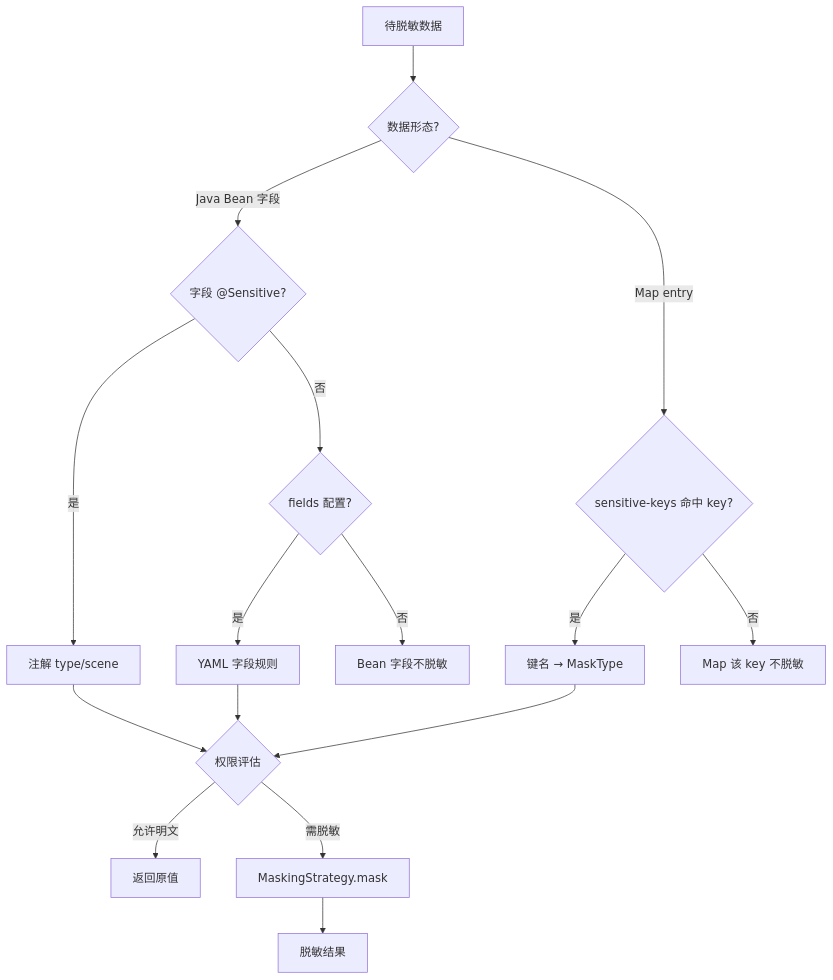
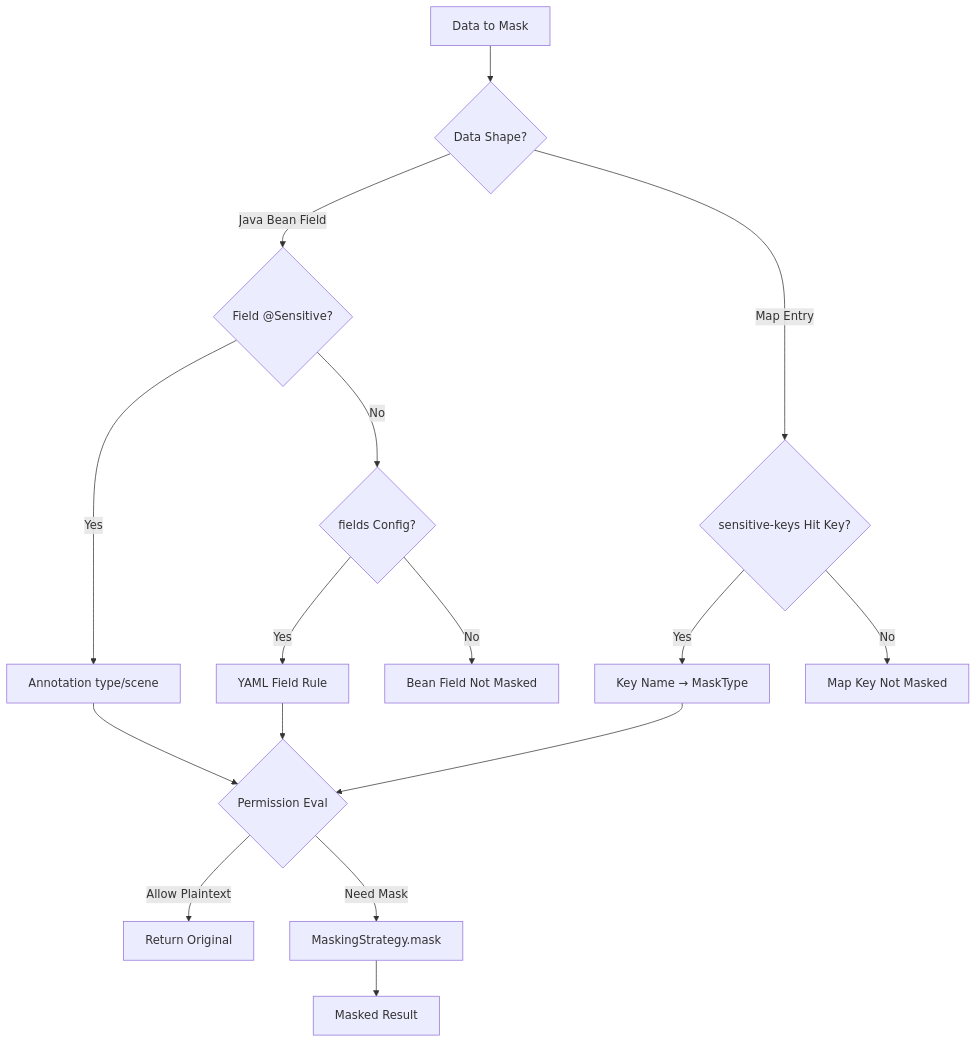
Before and after one commit to richie696/atlas-richie-platform: the third of 9 diagrams in atlas-richie-component/atlas-richie-component-desensitize/README.md, drawn with Mermaid. The commit also changed other lines of this file and 69 other files, not shown here.

````diff
--- a/atlas-richie-component/atlas-richie-component-desensitize/README.md
+++ b/atlas-richie-component/atlas-richie-component-desensitize/README.md
@@ -112,18 +165,18 @@
 ```mermaid
 flowchart TD
-    START[待脱敏数据] --> KIND{数据形态?}
-    KIND -->|Java Bean 字段| ANNO{字段 @Sensitive?}
-    KIND -->|Map entry| MAPKEY{sensitive-keys 命中 key?}
-    ANNO -->|是| USE_ANNO[注解 type/scene]
-    ANNO -->|否| YAML{fields 配置?}
-    YAML -->|是| USE_YAML[YAML 字段规则]
-    YAML -->|否| SKIP_BEAN[Bean 字段不脱敏]
-    MAPKEY -->|是| USE_KEY[键名 → MaskType]
-    MAPKEY -->|否| SKIP_MAP[Map 该 key 不脱敏]
-    USE_ANNO --> PERM{权限评估}
+    START[Data to Mask] --> KIND{Data Shape?}
+    KIND -->|Java Bean Field| ANNO{Field @Sensitive?}
+    KIND -->|Map Entry| MAPKEY{sensitive-keys Hit Key?}
+    ANNO -->|Yes| USE_ANNO[Annotation type/scene]
+    ANNO -->|No| YAML{fields Config?}
+    YAML -->|Yes| USE_YAML[YAML Field Rule]
+    YAML -->|No| SKIP_BEAN[Bean Field Not Masked]
+    MAPKEY -->|Yes| USE_KEY[Key Name → MaskType]
+    MAPKEY -->|No| SKIP_MAP[Map Key Not Masked]
+    USE_ANNO --> PERM{Permission Eval}
     USE_YAML --> PERM
     USE_KEY --> PERM
-    PERM -->|允许明文| PLAIN[返回原值]
-    PERM -->|需脱敏| STRAT[MaskingStrategy.mask]
-    STRAT --> OUT[脱敏结果]
+    PERM -->|Allow Plaintext| PLAIN[Return Original]
+    PERM -->|Need Mask| STRAT[MaskingStrategy.mask]
+    STRAT --> OUT[Masked Result]
 ```
````
